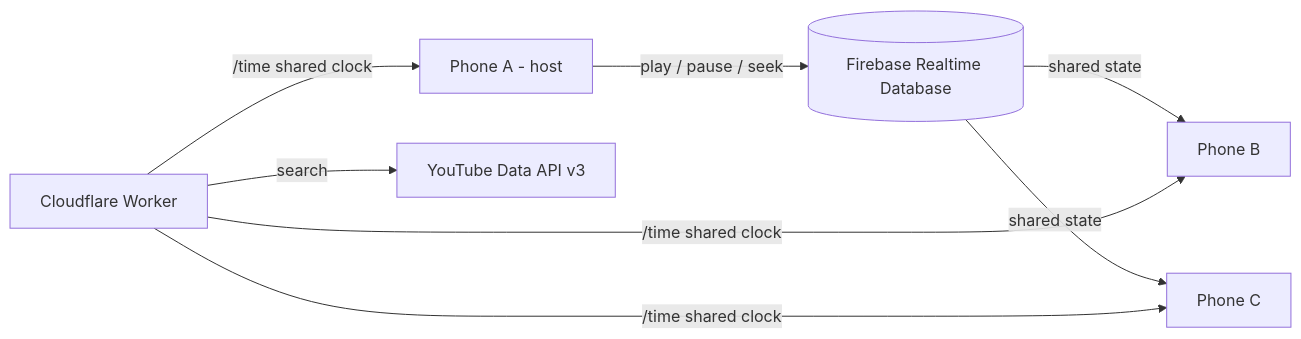
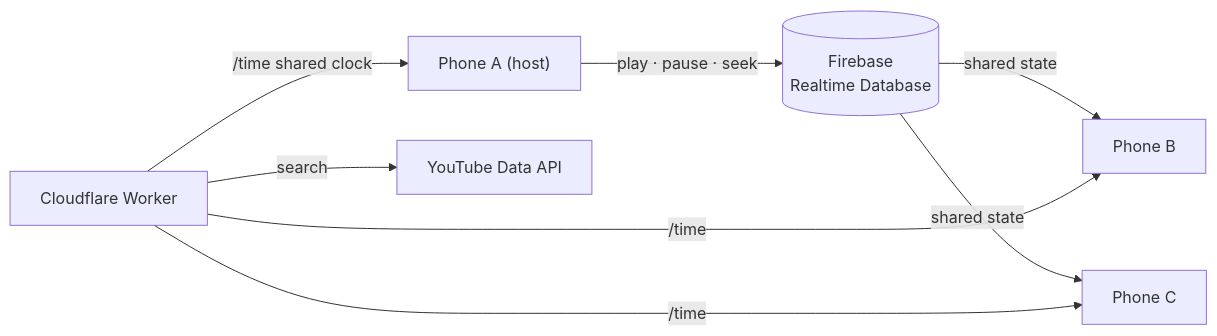
One commit to zenix-pallab/UNISONE changed the diagram in README.md. Above: the diagram before and after it, drawn with Mermaid. The commit also changed other lines of this file, not shown here.

````diff
--- a/README.md
+++ b/README.md
@@ -37,10 +71,10 @@
 ```mermaid
 flowchart LR
-  A[Phone A - host] -- play / pause / seek --> DB[(Firebase Realtime Database)]
-  DB -- shared state --> B[Phone B]
-  DB -- shared state --> C[Phone C]
-  W[Cloudflare Worker] -- /time shared clock --> A
-  W -- /time shared clock --> B
-  W -- /time shared clock --> C
-  W -- search --> YT[YouTube Data API v3]
+  A["Phone A (host)"] -- "play · pause · seek" --> DB[("Firebase<br>Realtime Database")]
+  DB -- "shared state" --> B["Phone B"]
+  DB -- "shared state" --> C["Phone C"]
+  W["Cloudflare Worker"] -- "/time  shared clock" --> A
+  W -- "/time" --> B
+  W -- "/time" --> C
+  W -- "search" --> YT["YouTube Data API"]
 ```
````
